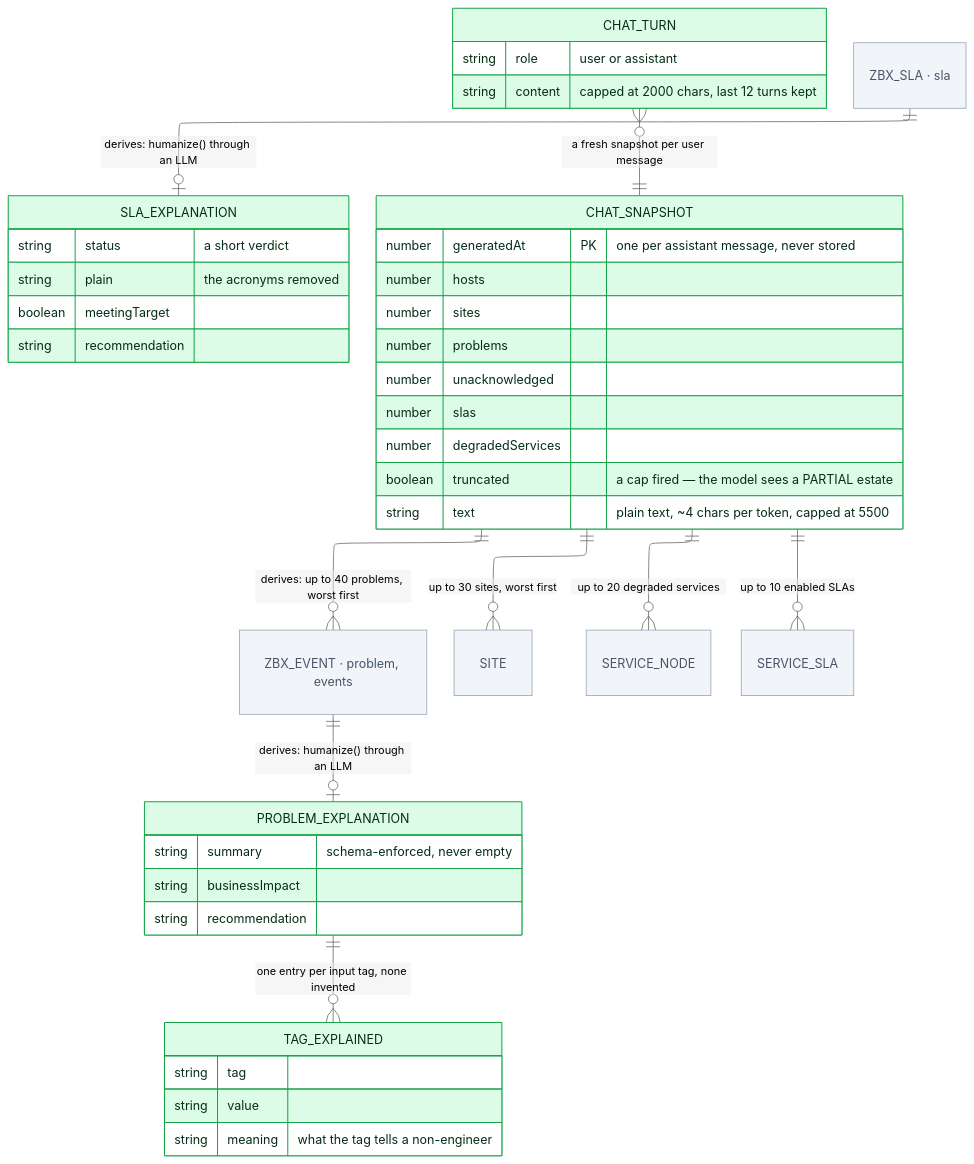
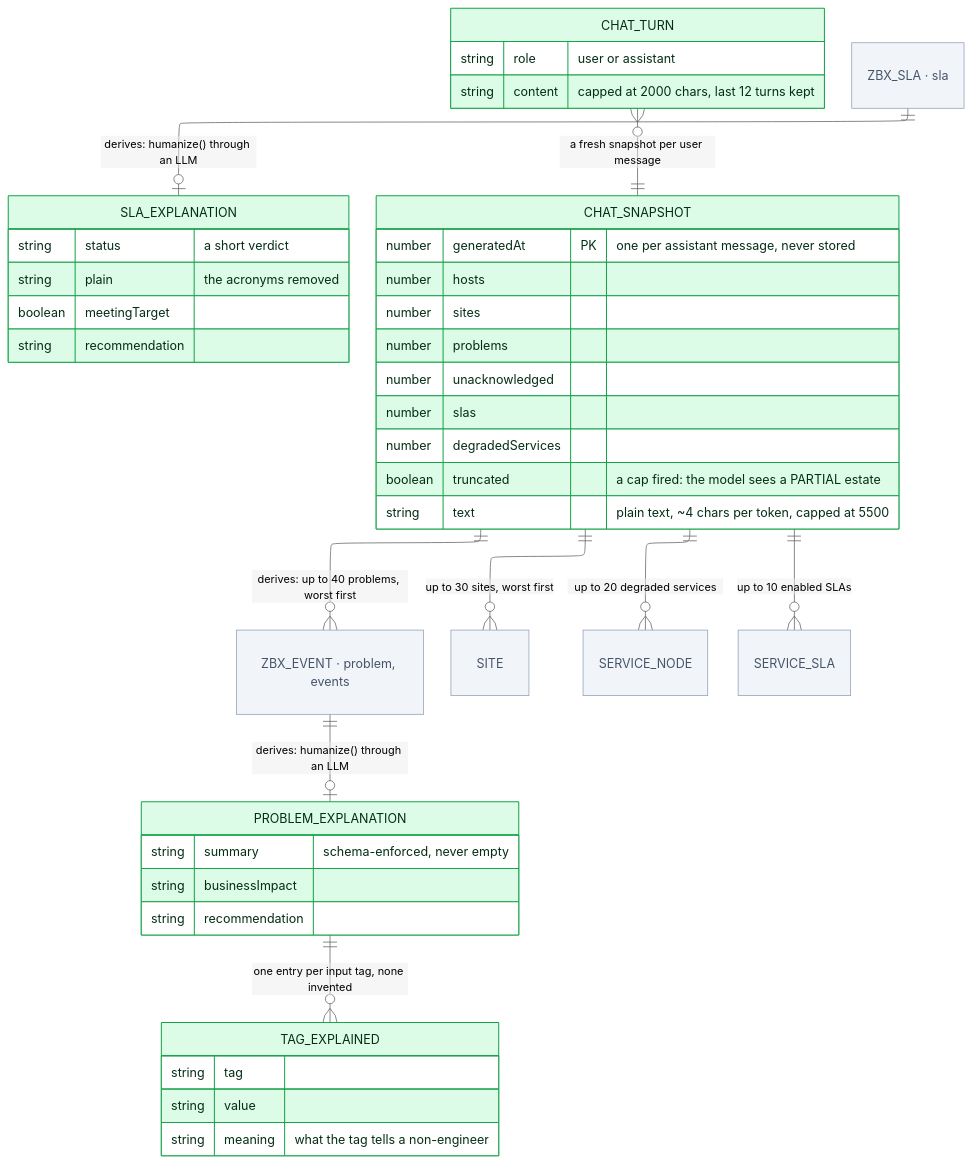
The eighth of 10 diagrams in docs/erd/vanilla/ERD-Domains.md (Fxkra28/Dashboard-Zabbix-Prototype), drawn with Mermaid (neutral theme) before and after one commit. The commit also changed other lines of this file and 351 other files, not shown here.

````diff
--- a/docs/erd/vanilla/ERD-Domains.md
+++ b/docs/erd/vanilla/ERD-Domains.md
@@ -529,60 +529,60 @@
 ```mermaid
 ---
 config:
   layout: elk
 ---
 erDiagram
     direction TB
     PROBLEM_EXPLANATION {
         string summary "schema-enforced, never empty"
         string businessImpact
         string recommendation
     }
     TAG_EXPLAINED {
         string tag
         string value
         string meaning "what the tag tells a non-engineer"
     }
     SLA_EXPLANATION {
         string status "a short verdict"
         string plain "the acronyms removed"
         boolean meetingTarget
         string recommendation
     }
     CHAT_SNAPSHOT {
         number generatedAt PK "one per assistant message, never stored"
         number hosts
         number sites
         number problems
         number unacknowledged
         number slas
         number degradedServices
-        boolean truncated "a cap fired — the model sees a PARTIAL estate"
+        boolean truncated "a cap fired: the model sees a PARTIAL estate"
         string text "plain text, ~4 chars per token, capped at 5500"
     }
     CHAT_TURN {
         string role "user or assistant"
         string content "capped at 2000 chars, last 12 turns kept"
     }
     ZBX_EVENT["ZBX_EVENT · problem, events"]
     ZBX_SLA["ZBX_SLA · sla"]
 
     PROBLEM_EXPLANATION  ||--o{ TAG_EXPLAINED        : "one entry per input tag, none invented"
     CHAT_TURN            }o--|| CHAT_SNAPSHOT        : "a fresh snapshot per user message"
 
     ZBX_EVENT            ||--o| PROBLEM_EXPLANATION  : "derives: humanize() through an LLM"
     ZBX_SLA              ||--o| SLA_EXPLANATION      : "derives: humanize() through an LLM"
     CHAT_SNAPSHOT        ||--o{ ZBX_EVENT            : "derives: up to 40 problems, worst first"
     CHAT_SNAPSHOT        ||--o{ SITE                 : "up to 30 sites, worst first"
     CHAT_SNAPSHOT        ||--o{ SERVICE_NODE         : "up to 20 degraded services"
     CHAT_SNAPSHOT        ||--o{ SERVICE_SLA          : "up to 10 enabled SLAs"
 
     classDef zbx      fill:#dbeafe,stroke:#2563eb,color:#14213d
     classDef derived  fill:#dcfce7,stroke:#16a34a,color:#052e16
     classDef local    fill:#fef3c7,stroke:#d97706,color:#451a03
     classDef external fill:#f1f5f9,stroke:#94a3b8,color:#475569
     class PROBLEM_EXPLANATION,TAG_EXPLAINED,SLA_EXPLANATION,CHAT_SNAPSHOT derived
     class CHAT_TURN derived
     class SERVICE_NODE,SERVICE_SLA,SITE,ZBX_EVENT external
     class ZBX_SLA external
 ```
````
